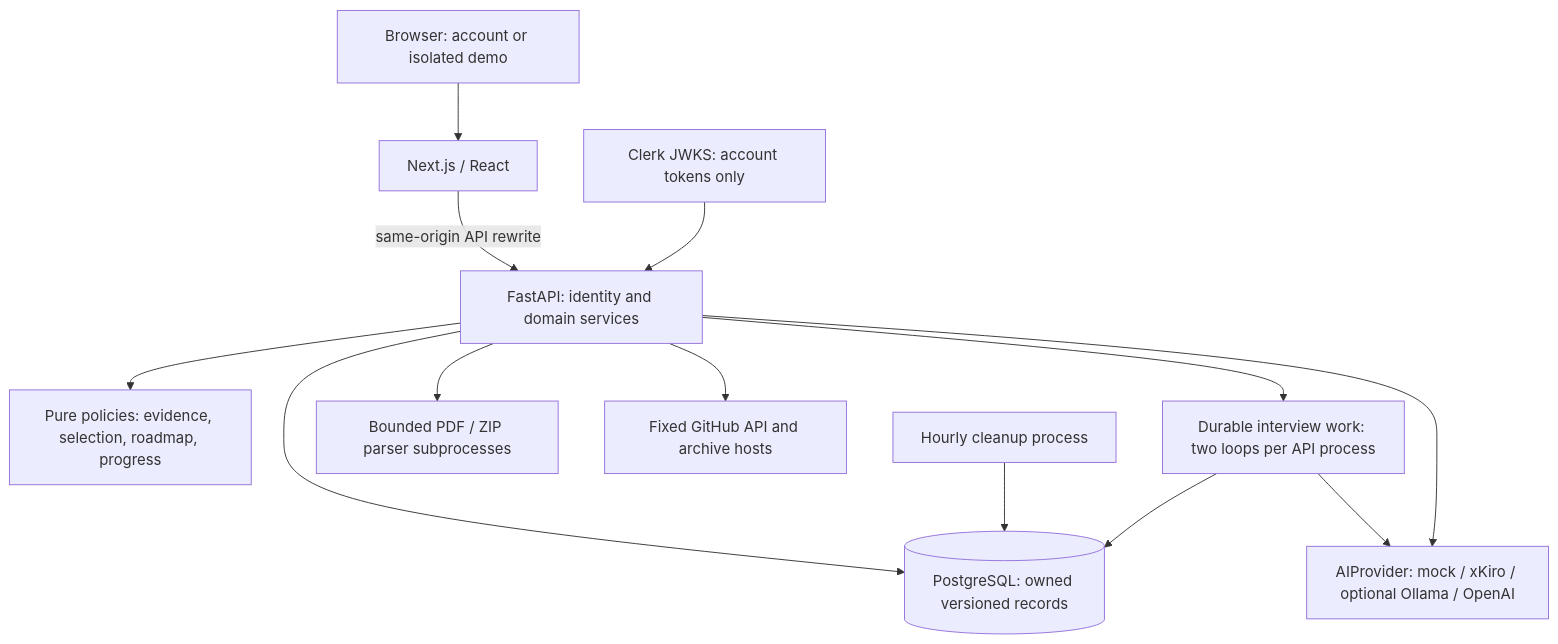
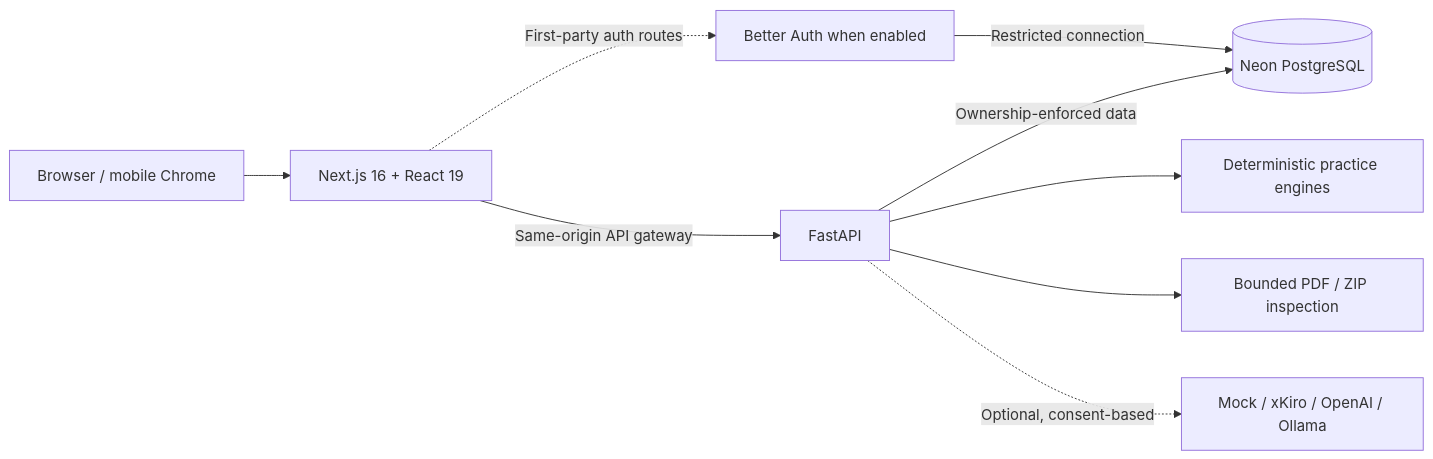
Before and after one commit to icyshimakaze/interview_prep_AI: the diagram in README.md, drawn with Mermaid. The commit also changed other lines of this file and 13 other files, not shown here.

````diff
--- a/README.md
+++ b/README.md
@@ -165,15 +169,11 @@
 ```mermaid
-flowchart TD
-    Browser[Browser: account or isolated demo] --> Web[Next.js / React]
-    Web -->|same-origin API rewrite| API[FastAPI: identity and domain services]
-    Clerk[Clerk JWKS: account tokens only] --> API
-    API --> Policy[Pure policies: evidence, selection, roadmap, progress]
-    API --> DB[(PostgreSQL: owned versioned records)]
-    API --> Parser[Bounded PDF / ZIP parser subprocesses]
-    API --> GitHub[Fixed GitHub API and archive hosts]
-    API --> Work[Durable interview work: two loops per API process]
-    Work --> DB
-    API --> Providers[AIProvider: mock / xKiro / optional Ollama / OpenAI]
-    Work --> Providers
-    Cleanup[Hourly cleanup process] --> DB
+flowchart LR
+  B[Browser / mobile Chrome] --> W[Next.js 16 + React 19]
+  W -->|Same-origin API gateway| A[FastAPI]
+  W -. First-party auth routes .-> AUTH[Better Auth when enabled]
+  AUTH -->|Restricted connection| DB[(Neon PostgreSQL)]
+  A -->|Ownership-enforced data| DB
+  A --> P[Deterministic practice engines]
+  A --> S[Bounded PDF / ZIP inspection]
+  A -. Optional, consent-based .-> AI[Mock / xKiro / OpenAI / Ollama]
 ```
````
